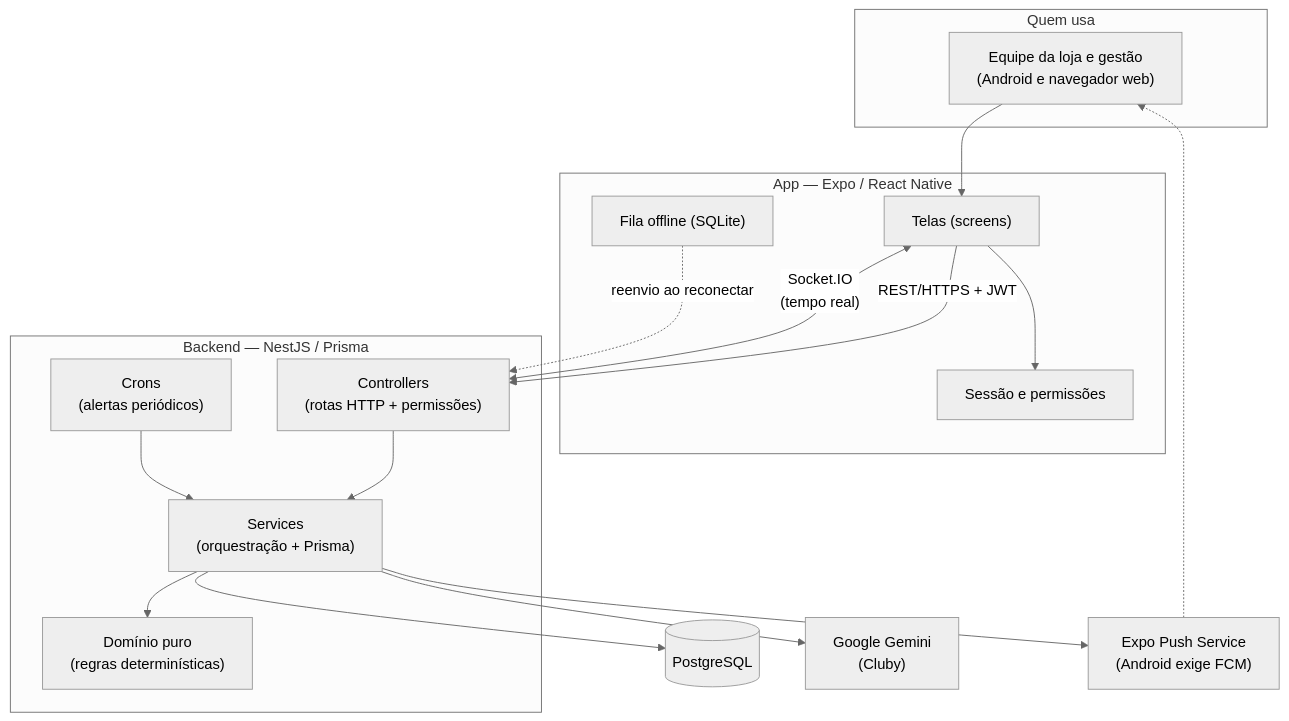
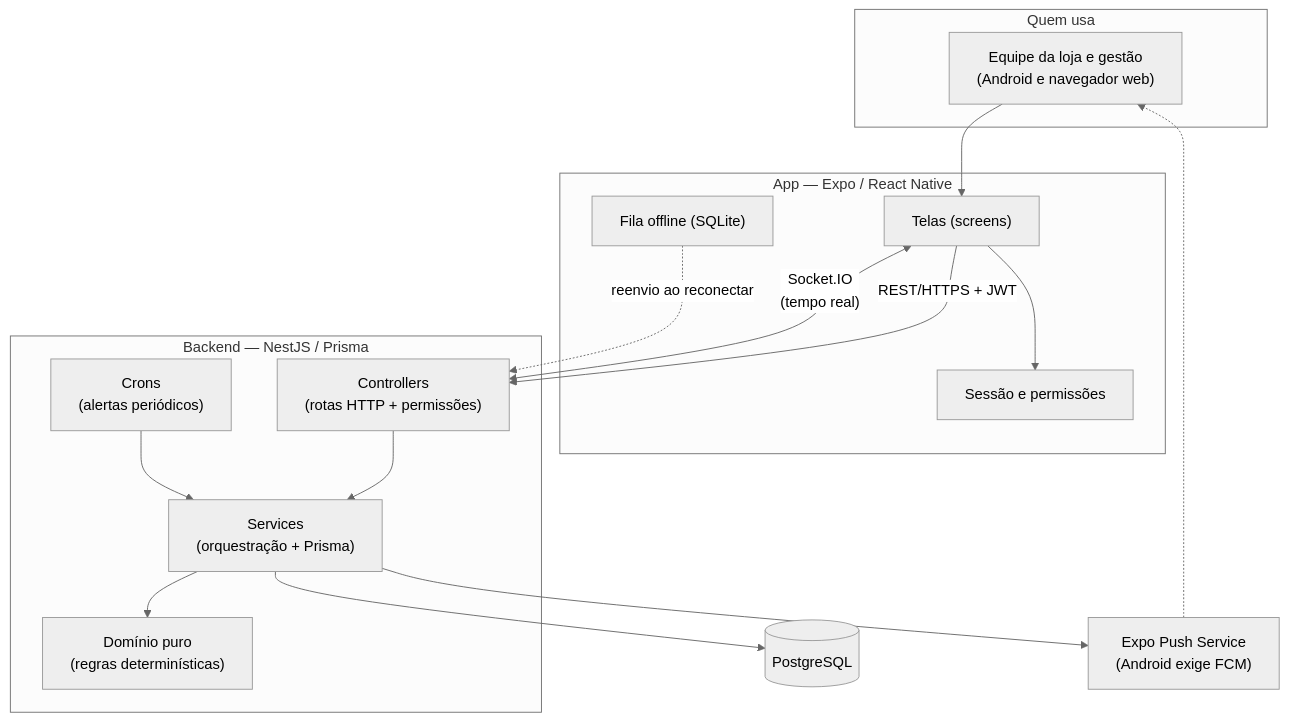
One commit to pedroxynox/checkout-pro changed the first of 2 diagrams in docs/00-visao-geral/mapa-do-projeto.md. Above: the diagram before and after it, drawn with Mermaid (neutral theme). The commit also changed other lines of this file and 67 other files, not shown here.

````diff
--- a/docs/00-visao-geral/mapa-do-projeto.md
+++ b/docs/00-visao-geral/mapa-do-projeto.md
@@ -26,37 +25,35 @@
 ```mermaid
 flowchart TB
     subgraph Cliente["Quem usa"]
         U["Equipe da loja e gestão<br/>(Android e navegador web)"]
     end
 
     subgraph App["App — Expo / React Native"]
         UI["Telas (screens)"]
         AUTH["Sessão e permissões"]
         OFF["Fila offline (SQLite)"]
     end
 
     subgraph Back["Backend — NestJS / Prisma"]
         CTRL["Controllers<br/>(rotas HTTP + permissões)"]
         SVC["Services<br/>(orquestração + Prisma)"]
         DOM["Domínio puro<br/>(regras determinísticas)"]
         CRON["Crons<br/>(alertas periódicos)"]
     end
 
     DB[("PostgreSQL")]
-    GEMINI["Google Gemini<br/>(Cluby)"]
     PUSH["Expo Push Service<br/>(Android exige FCM)"]
 
     U --> UI
     UI --> AUTH
     UI -->|"REST/HTTPS + JWT"| CTRL
     UI <-->|"Socket.IO<br/>(tempo real)"| CTRL
     OFF -.->|"reenvio ao reconectar"| CTRL
 
     CTRL --> SVC
     SVC --> DOM
     SVC --> DB
     CRON --> SVC
-    SVC --> GEMINI
     SVC --> PUSH
     PUSH -.-> U
 ```
````
